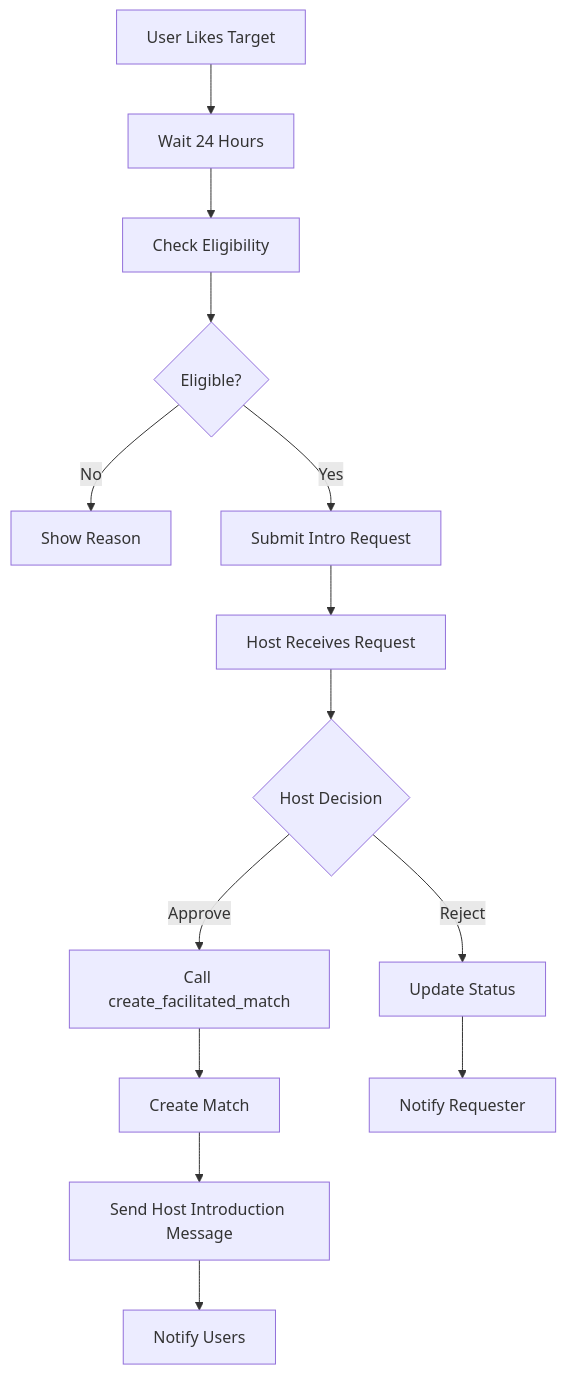
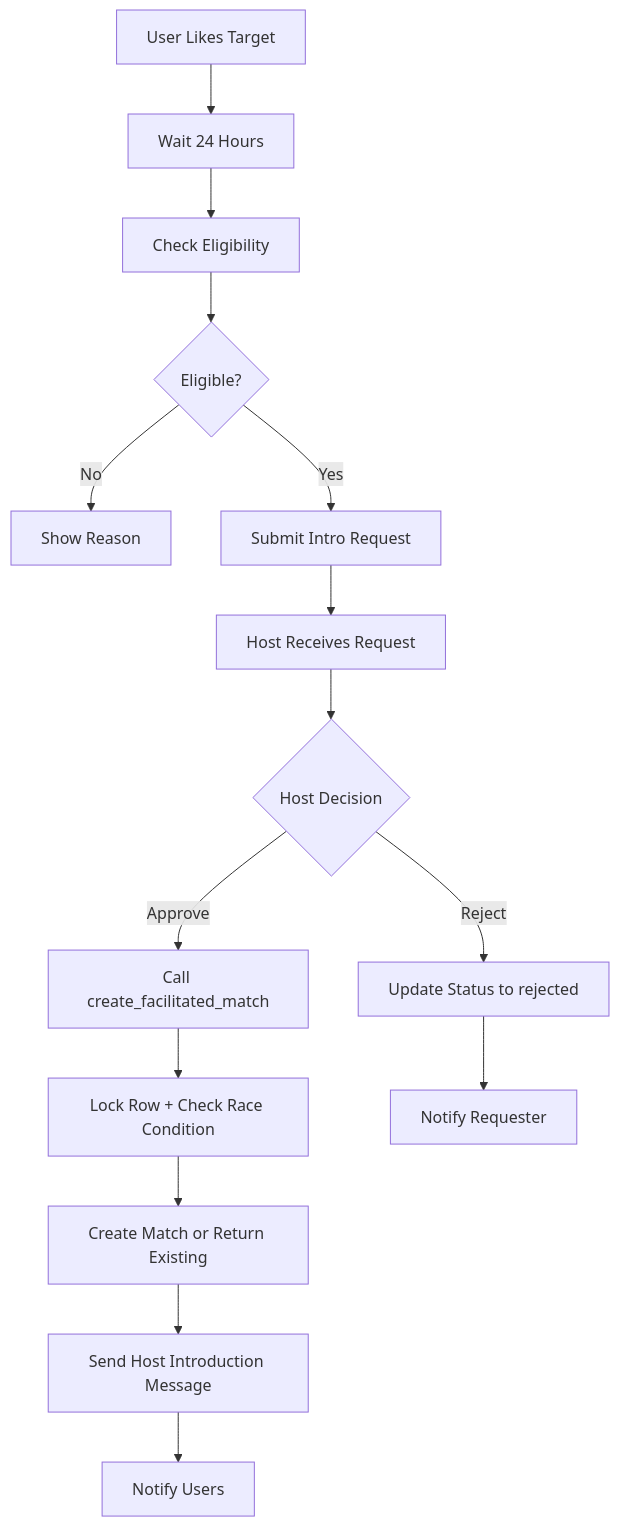
The fifth of 7 diagrams in PRODUCT_REQUIREMENTS_DOCUMENT.md (ketochiesesoyyo/konfetti-capacitor-integration), drawn with Mermaid before and after one commit. The commit also changed other lines of this file, not shown here.

````diff
--- a/PRODUCT_REQUIREMENTS_DOCUMENT.md
+++ b/PRODUCT_REQUIREMENTS_DOCUMENT.md
@@ -958,16 +1244,17 @@
 ```mermaid
 graph TD
     A[User Likes Target] --> B[Wait 24 Hours]
     B --> C[Check Eligibility]
     C --> D{Eligible?}
     D --> |No| E[Show Reason]
     D --> |Yes| F[Submit Intro Request]
     F --> G[Host Receives Request]
     G --> H{Host Decision}
     H --> |Approve| I[Call create_facilitated_match]
-    H --> |Reject| J[Update Status]
-    I --> K[Create Match]
-    K --> L[Send Host Introduction Message]
-    L --> M[Notify Users]
-    J --> N[Notify Requester]
+    H --> |Reject| J[Update Status to rejected]
+    I --> K[Lock Row + Check Race Condition]
+    K --> L[Create Match or Return Existing]
+    L --> M[Send Host Introduction Message]
+    M --> N[Notify Users]
+    J --> O[Notify Requester]
 ```
````
